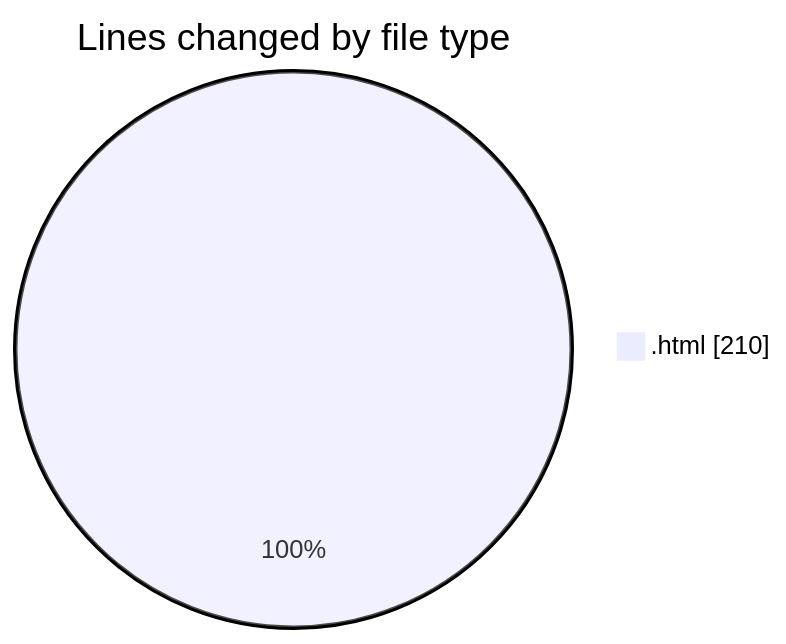
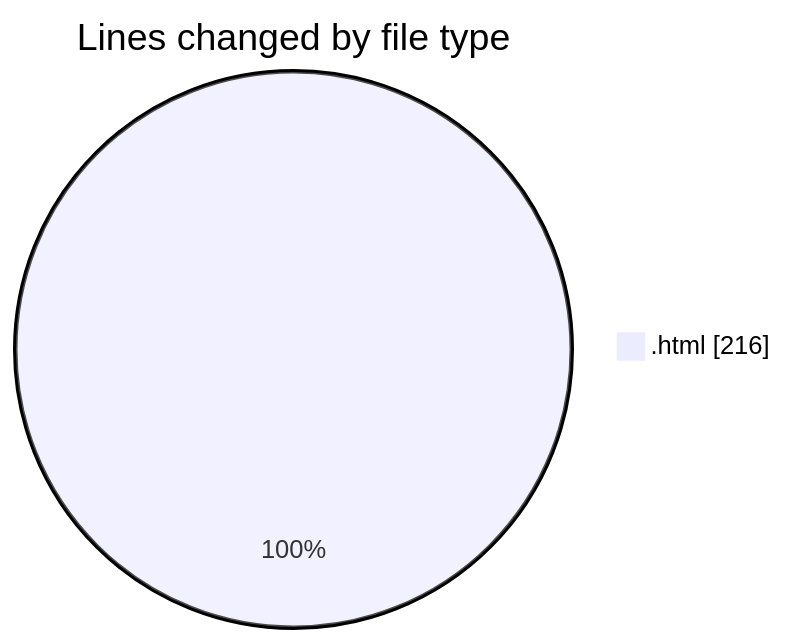
The first of 2 diagrams in 2025-01-10/nueva_carpeta/README.md (LanceThiago/code-tracking), drawn with Mermaid before and after one commit. The commit also changed other lines of this file and 1 other file, not shown here.

````diff
--- a/2025-01-10/nueva_carpeta/README.md
+++ b/2025-01-10/nueva_carpeta/README.md
@@ -20,5 +20,5 @@
 ```mermaid
 pie showData
 title Lines changed by file type
-".html" : 210
+".html" : 216
 ```
````
